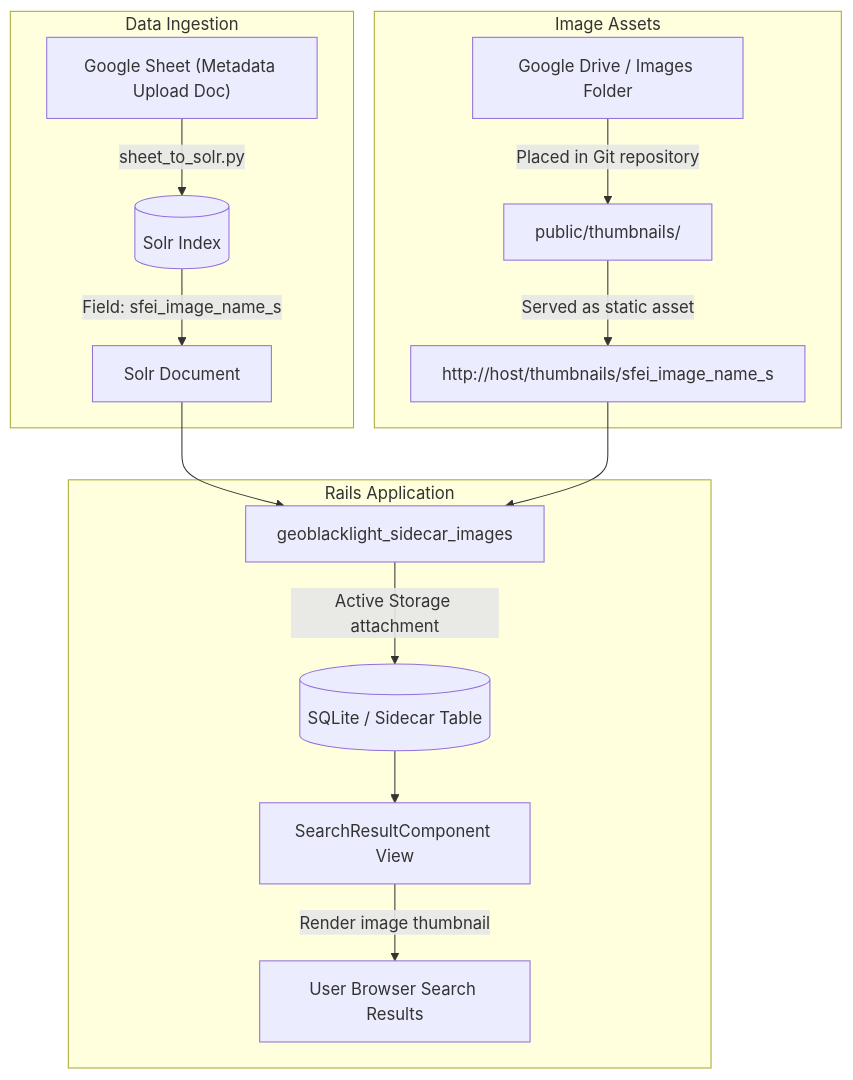
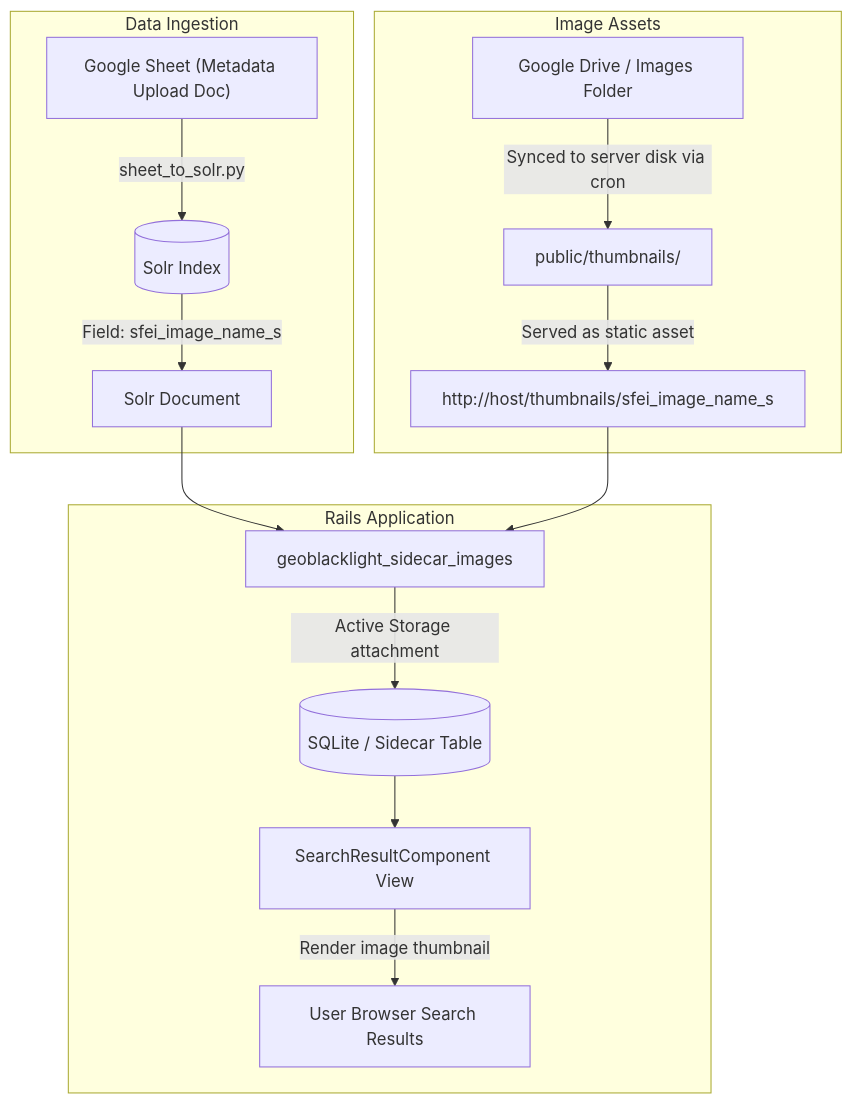
One commit to noorsheikh2/SFEI-GeoBlacklight-Internal changed the diagram in docs/specs/sidecar-images-spec.md. Above: the diagram before and after it, drawn with Mermaid. The commit also changed other lines of this file, not shown here.

Commit message:
docs: clarify Google Drive sync strategy and sfei_image_name_s in spec

````diff
--- a/docs/specs/sidecar-images-spec.md
+++ b/docs/specs/sidecar-images-spec.md
@@ -53,20 +53,20 @@
 ```mermaid
 flowchart TD
     subgraph Data Ingestion
         A["Google Sheet (Metadata Upload Doc)"] -->|sheet_to_solr.py| B[(Solr Index)]
         B -->|Field: sfei_image_name_s| C[Solr Document]
     end
 
     subgraph Image Assets
-        IMG["Google Drive / Images Folder"] -->|Placed in Git repository| DIR[public/thumbnails/]
+        IMG["Google Drive / Images Folder"] -->|Synced to server disk via cron| DIR[public/thumbnails/]
         DIR -->|Served as static asset| URL["http://host/thumbnails/sfei_image_name_s"]
     end
 
     subgraph Rails Application
         C --> D[geoblacklight_sidecar_images]
         URL --> D
         D -->|Active Storage attachment| DB[(SQLite / Sidecar Table)]
         DB --> E[SearchResultComponent View]
         E -->|Render image thumbnail| UI[User Browser Search Results]
     end
 ```
````
